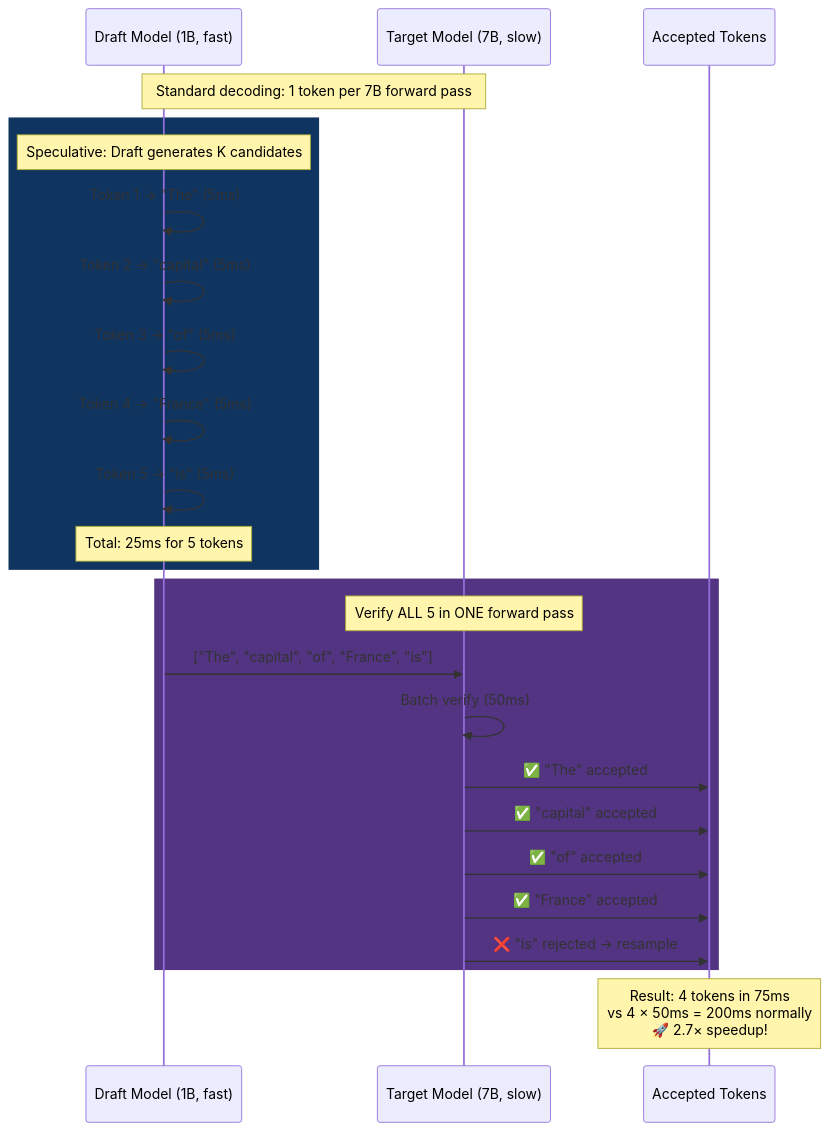
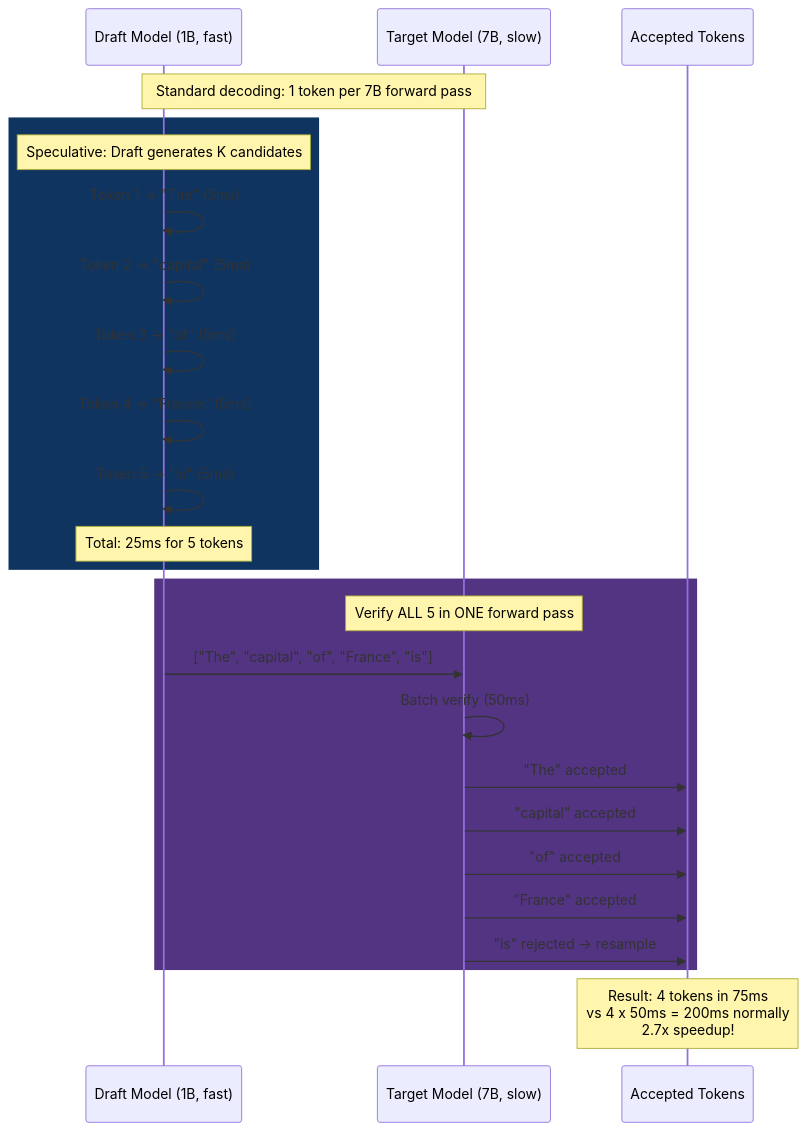
One commit to ch09/Low_Latency_Inference_optimization_LLM-LL_LLM- changed diagram 17 of 25 in docs/project_documentation.md. Above: the diagram before and after it, drawn with Mermaid. The commit also changed other lines of this file and 1 other file, not shown here.

````diff
--- a/docs/project_documentation.md
+++ b/docs/project_documentation.md
@@ -583,31 +583,31 @@
 ```mermaid
 sequenceDiagram
     participant Draft as Draft Model (1B, fast)
     participant Target as Target Model (7B, slow)
     participant Output as Accepted Tokens
 
     Note over Draft,Target: Standard decoding: 1 token per 7B forward pass
 
     rect rgb(15, 52, 96)
         Note over Draft: Speculative: Draft generates K candidates
         Draft->>Draft: Token 1 → "The" (5ms)
         Draft->>Draft: Token 2 → "capital" (5ms)
         Draft->>Draft: Token 3 → "of" (5ms)
         Draft->>Draft: Token 4 → "France" (5ms)
         Draft->>Draft: Token 5 → "is" (5ms)
         Note over Draft: Total: 25ms for 5 tokens
     end
 
     rect rgb(83, 52, 131)
         Note over Target: Verify ALL 5 in ONE forward pass
         Draft->>Target: ["The", "capital", "of", "France", "is"]
         Target->>Target: Batch verify (50ms)
-        Target->>Output: ✅ "The" accepted
-        Target->>Output: ✅ "capital" accepted
-        Target->>Output: ✅ "of" accepted
-        Target->>Output: ✅ "France" accepted
-        Target->>Output: ❌ "is" rejected → resample
+        Target->>Output: "The" accepted
+        Target->>Output: "capital" accepted
+        Target->>Output: "of" accepted
+        Target->>Output: "France" accepted
+        Target->>Output: "is" rejected -> resample
     end
 
-    Note over Output: Result: 4 tokens in 75ms<br/>vs 4 × 50ms = 200ms normally<br/>🚀 2.7× speedup!
+    Note over Output: Result: 4 tokens in 75ms<br/>vs 4 x 50ms = 200ms normally<br/>2.7x speedup!
 ```
````
